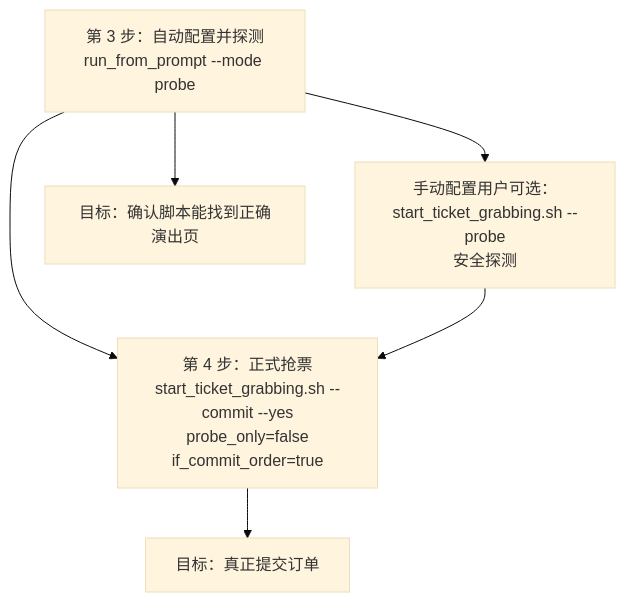
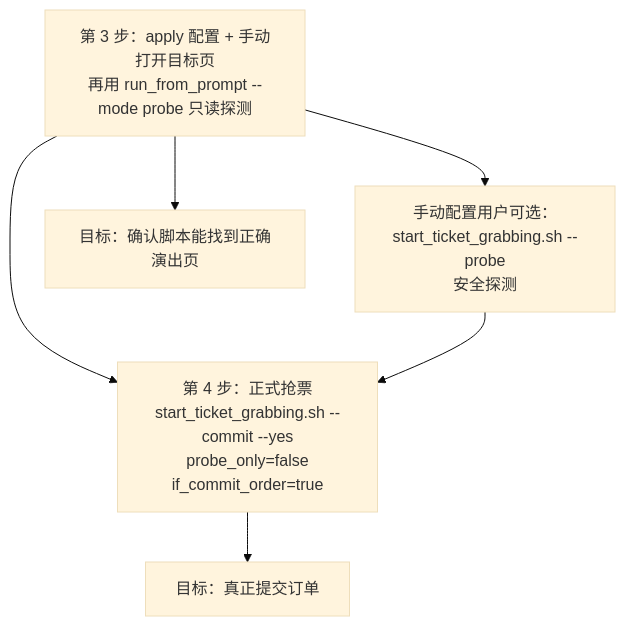
Before and after one commit to currycan/HaTickets: the diagram in README.md, drawn with Mermaid (base theme). The commit also changed other lines of this file and 50 other files, not shown here.

First line of the commit message:
Harden and accelerate the mobile ticket flow (#60)

````diff
--- a/README.md
+++ b/README.md
@@ -354,9 +376,9 @@
 ```mermaid
 flowchart TD
-    A["第 3 步：自动配置并探测<br/>run_from_prompt --mode probe"] --> D["第 4 步：正式抢票<br/>start_ticket_grabbing.sh --commit --yes<br/>probe_only=false<br/>if_commit_order=true"]
+    A["第 3 步：apply 配置 + 手动打开目标页<br/>再用 run_from_prompt --mode probe 只读探测"] --> D["第 4 步：正式抢票<br/>start_ticket_grabbing.sh --commit --yes<br/>probe_only=false<br/>if_commit_order=true"]
     A --> B["手动配置用户可选：start_ticket_grabbing.sh --probe<br/>安全探测"]
     B --> D
 
     A --> A1["目标：确认脚本能找到正确演出页"]
     D --> D1["目标：真正提交订单"]
 ```
````
